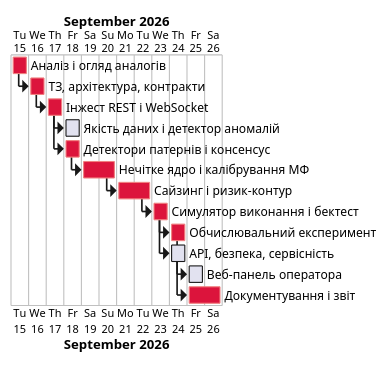
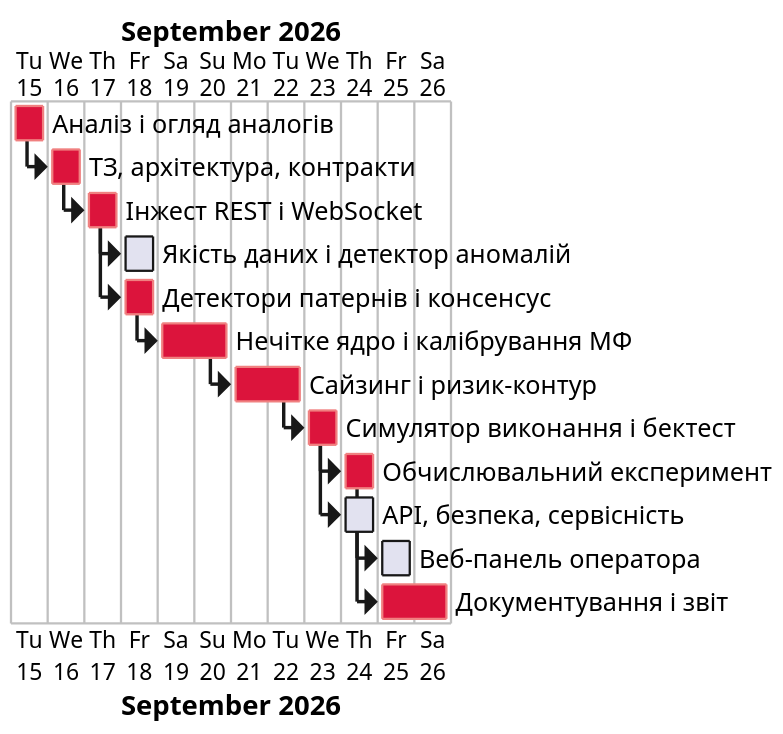
Before and after one commit to AndrZhuk/FuzzHelm: the diagram in docs/diagrams/gantt.puml, drawn with PlantUML. The commit also changed 15 other files, not shown here.

First line of the commit message:
Diagrams: re-lay out for print (legible on a portrait A4 page)

```diff
--- a/docs/diagrams/gantt.puml
+++ b/docs/diagrams/gantt.puml
@@ -1,45 +1,46 @@
 @startgantt
 ' Календарний план-графік виконання робіт (плановий) — звіт §1.6.
 ' Найменування: docs/diagrams/gantt.puml
 ' Призначення: планові тривалості й залежності пакетів робіт; фактичні дати комітів —
 '     у docs/journal.md і в таблиці «Фактична хронологія» документа docs/teo/cost_estimate.md.
 ' Автор: Андрій Жук, 2026.
 printscale daily
+skinparam dpi 200
 Project starts 2026-09-15
 
 [Аналіз і огляд аналогів] lasts 1 day
 [ТЗ, архітектура, контракти] lasts 1 day
 [Інжест REST і WebSocket] lasts 1 day
 [Якість даних і детектор аномалій] lasts 1 day
 [Детектори патернів і консенсус] lasts 1 day
 [Нечітке ядро і калібрування МФ] lasts 2 days
 [Сайзинг і ризик-контур] lasts 2 days
 [Симулятор виконання і бектест] lasts 1 day
 [Обчислювальний експеримент] lasts 1 day
 [API, безпека, сервісність] lasts 1 day
 [Веб-панель оператора] lasts 1 day
 [Документування і звіт] lasts 2 days
 
 [ТЗ, архітектура, контракти] starts at [Аналіз і огляд аналогів]'s end
 [Інжест REST і WebSocket] starts at [ТЗ, архітектура, контракти]'s end
 [Якість даних і детектор аномалій] starts at [Інжест REST і WebSocket]'s end
 [Детектори патернів і консенсус] starts at [Інжест REST і WebSocket]'s end
 [Нечітке ядро і калібрування МФ] starts at [Детектори патернів і консенсус]'s end
 [Сайзинг і ризик-контур] starts at [Нечітке ядро і калібрування МФ]'s end
 [Симулятор виконання і бектест] starts at [Сайзинг і ризик-контур]'s end
 [Обчислювальний експеримент] starts at [Симулятор виконання і бектест]'s end
 [API, безпека, сервісність] starts at [Симулятор виконання і бектест]'s end
 [Веб-панель оператора] starts at [API, безпека, сервісність]'s end
 [Документування і звіт] starts at [Обчислювальний експеримент]'s end
 
 ' Критичний шлях позначено кольором
 [Аналіз і огляд аналогів] is colored in Crimson/LightCoral
 [ТЗ, архітектура, контракти] is colored in Crimson/LightCoral
 [Інжест REST і WebSocket] is colored in Crimson/LightCoral
 [Детектори патернів і консенсус] is colored in Crimson/LightCoral
 [Нечітке ядро і калібрування МФ] is colored in Crimson/LightCoral
 [Сайзинг і ризик-контур] is colored in Crimson/LightCoral
 [Симулятор виконання і бектест] is colored in Crimson/LightCoral
 [Обчислювальний експеримент] is colored in Crimson/LightCoral
 [Документування і звіт] is colored in Crimson/LightCoral
 @endgantt
```
